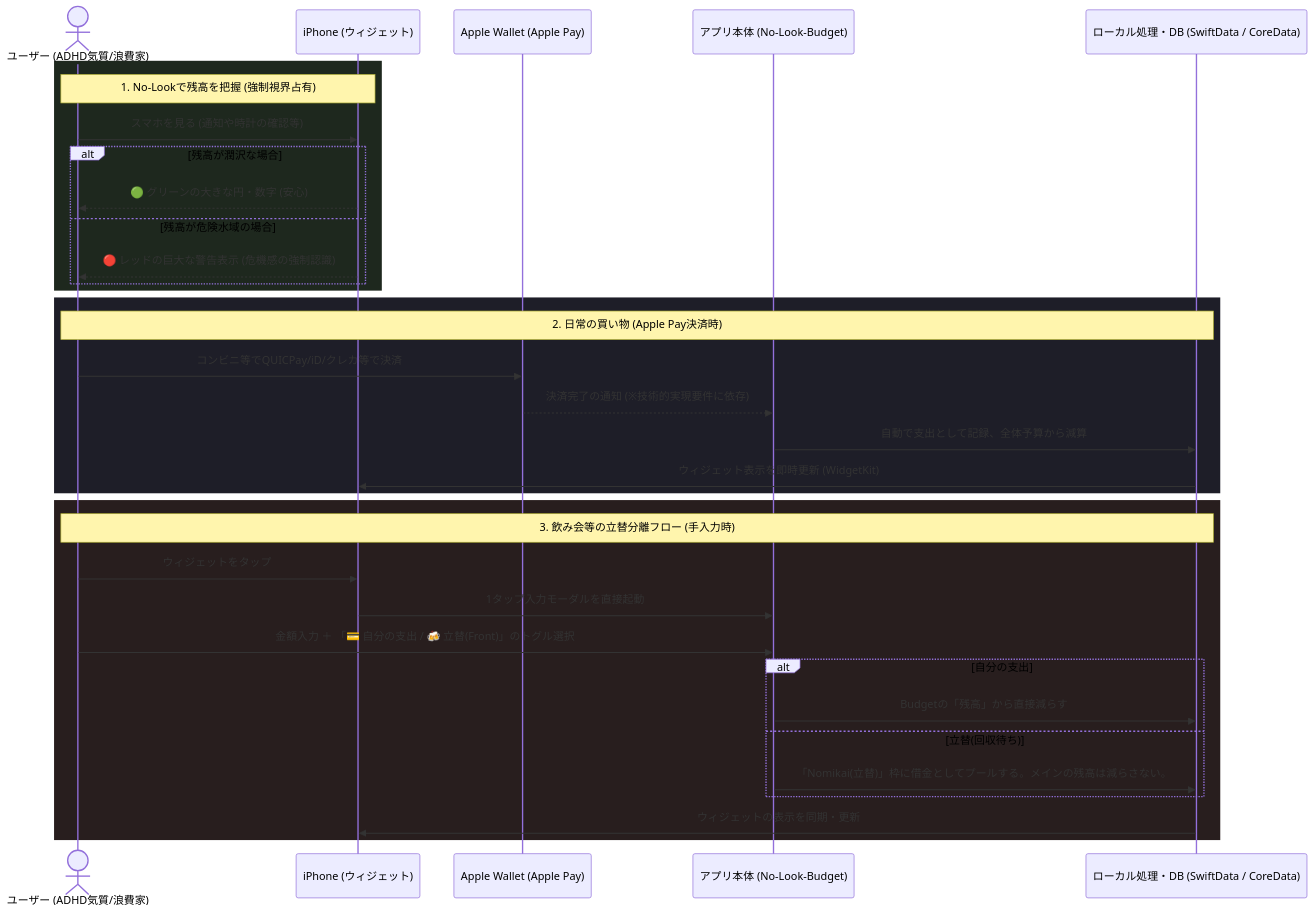
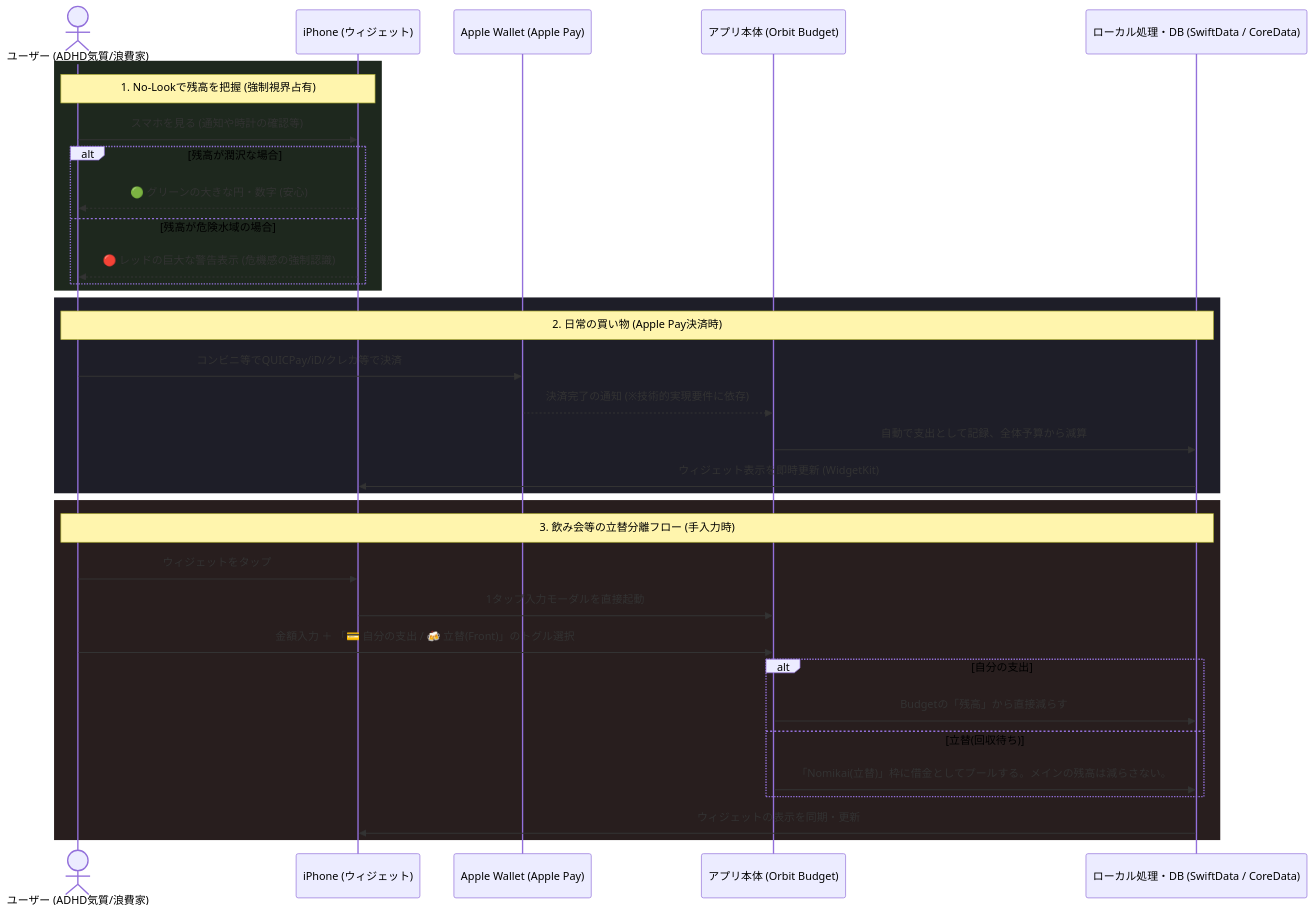
One commit to Arima0903/No-Look-Budget changed the diagram in docs/architecture/service_flow.md. Above: the diagram before and after it, drawn with Mermaid. The commit also changed other lines of this file and 114 other files, not shown here.

````diff
--- a/docs/architecture/service_flow.md
+++ b/docs/architecture/service_flow.md
@@ -5,44 +5,44 @@
 ```mermaid
 sequenceDiagram
     actor User as ユーザー (ADHD気質/浪費家)
     participant LockScreen as iPhone (ウィジェット)
     participant Wallet as Apple Wallet (Apple Pay)
-    participant iOSApp as アプリ本体 (No-Look-Budget)
+    participant iOSApp as アプリ本体 (Orbit Budget)
     participant LogicDB as ローカル処理・DB (SwiftData / CoreData)
 
-    %% Flow 1: 日常の「残弾」確認 (No-Look)
+    %% Flow 1: 日常の「残り予算」確認 (No-Look)
     rect rgb(30, 40, 30)
     Note over User,LockScreen: 1. No-Lookで残高を把握 (強制視界占有)
     User->>LockScreen: スマホを見る (通知や時計の確認等)
     alt 残高が潤沢な場合
         LockScreen-->>User: 🟢 グリーンの大きな円・数字 (安心)
     else 残高が危険水域の場合
         LockScreen-->>User: 🔴 レッドの巨大な警告表示 (危機感の強制認識)
     end
     end
 
     %% Flow 2: Apple Wallet 連携による全自動入力 (究極の摩擦ゼロ)
     rect rgb(30, 30, 40)
     Note over User,LogicDB: 2. 日常の買い物 (Apple Pay決済時)
     User->>Wallet: コンビニ等でQUICPay/iD/クレカ等で決済
     Wallet-->>iOSApp: 決済完了の通知 (※技術的実現要件に依存)
     iOSApp->>LogicDB: 自動で支出として記録、全体予算から減算
     LogicDB->>LockScreen: ウィジェット表示を即時更新 (WidgetKit)
     end
 
     %% Flow 3: 立替金発生時のローフリクション処理 (手動入力・分離)
     rect rgb(40, 30, 30)
     Note over User,LogicDB: 3. 飲み会等の立替分離フロー (手入力時)
     User->>LockScreen: ウィジェットをタップ
     LockScreen->>iOSApp: 1タップ入力モーダルを直接起動
     User->>iOSApp: 金額入力 ＋ 「💳 自分の支出 / 🍻 立替(Front)」のトグル選択
     
     alt 自分の支出
         iOSApp->>LogicDB: Budgetの「残高」から直接減らす
     else 立替(回収待ち)
         iOSApp->>LogicDB: 「Nomikai(立替)」枠に借金としてプールする。メインの残高は減らさない。
     end
     
     LogicDB->>LockScreen: ウィジェットの表示を同期・更新
     end
 ```
````
